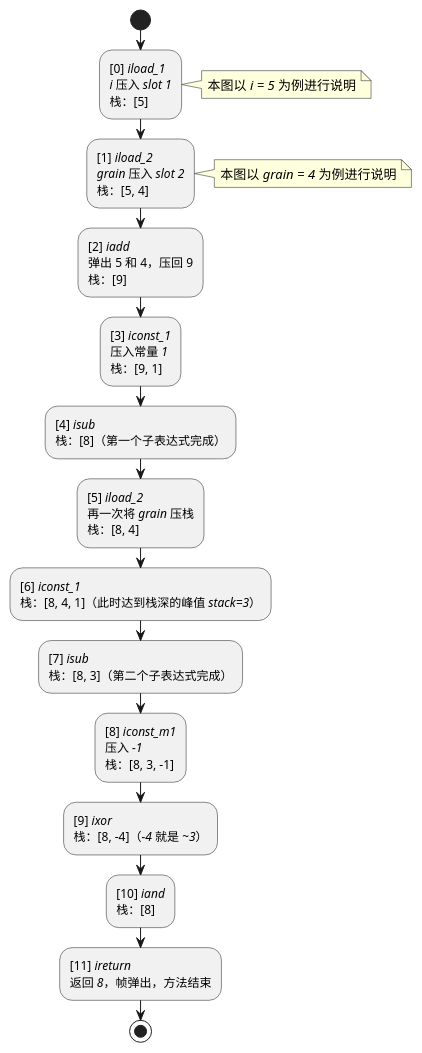
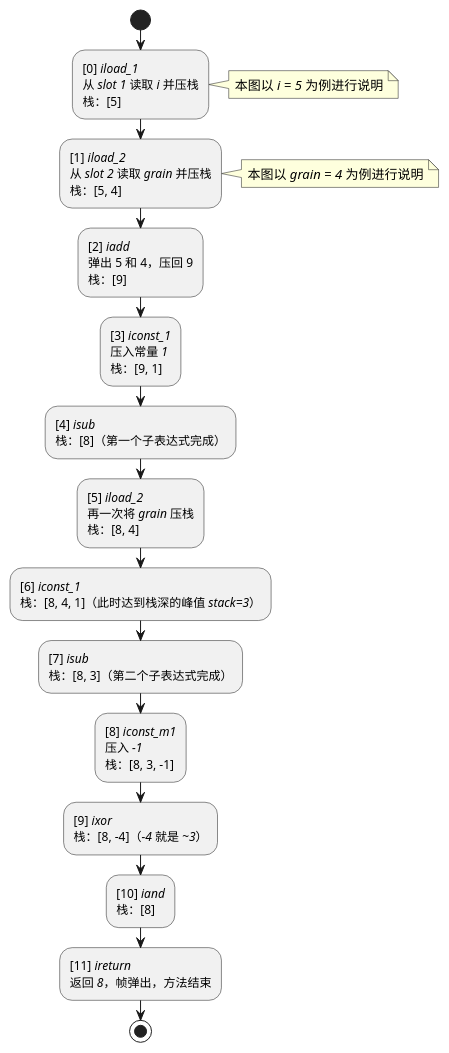
One commit to fanofxiaofeng/study_jvm_byte_code changed the diagram in 03/flow.puml. Above: the diagram before and after it, drawn with PlantUML.

```diff
--- a/03/flow.puml
+++ b/03/flow.puml
@@ -1,40 +1,40 @@
 @startuml
 start
 :[0] //iload_1//
-//i// 压入 //slot 1//
+从 //slot 1// 读取 //i// 并压栈
 栈：[5];
 note right
   本图以 //i = 5// 为例进行说明
 end note
 :[1] //iload_2//
-//grain// 压入 //slot 2//
+从 //slot 2// 读取 //grain// 并压栈
 栈：[5, 4];
 note right
   本图以 //grain = 4// 为例进行说明
 end note
 :[2] //iadd//
 弹出 5 和 4，压回 9
 栈：[9];
 :[3] //iconst_1//
 压入常量 //1//
 栈：[9, 1];
 :[4] //isub//
 栈：[8]（第一个子表达式完成）;
 :[5] //iload_2//
 再一次将 //grain// 压栈
 栈：[8, 4];
 :[6] //iconst_1//
 栈：[8, 4, 1]（此时达到栈深的峰值 //stack=3//）;
 :[7] //isub//
 栈：[8, 3]（第二个子表达式完成）;
 :[8] //iconst_m1//
 压入 //-1//
 栈：[8, 3, -1];
 :[9] //ixor//
 栈：[8, -4]（//-4// 就是 //~3//）;
 :[10] //iand//
 栈：[8];
 :[11] //ireturn//
 返回 //8//，帧弹出，方法结束;
 stop
 @enduml
```
